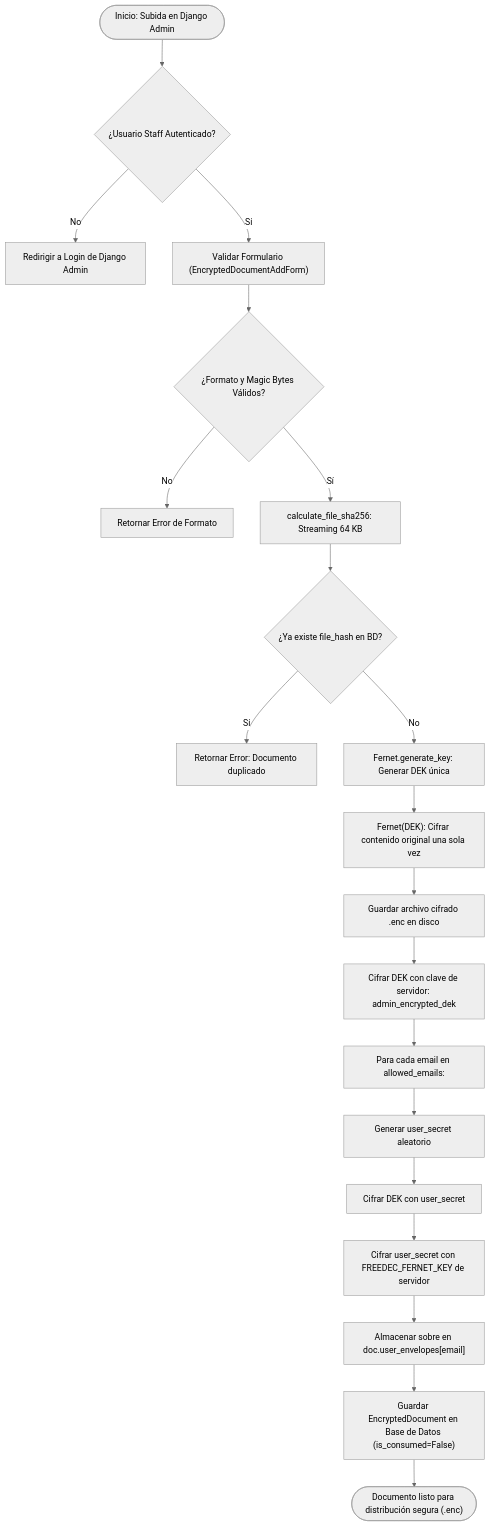
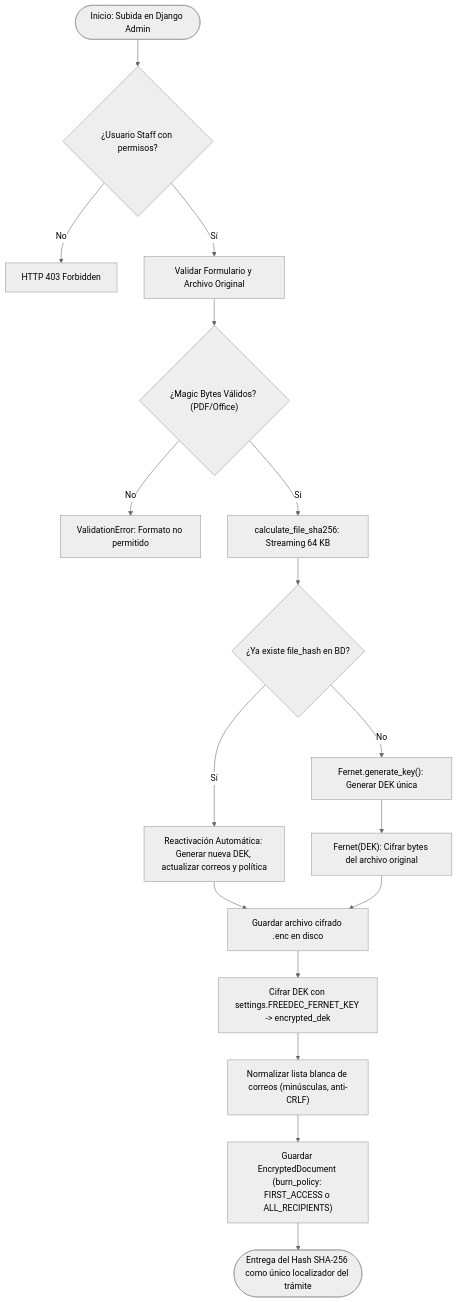
The first of 3 diagrams in docs/ARCHITECTURE.md (jrubioh1/Freedec), drawn with Mermaid (neutral theme) before and after one commit. The commit also changed other lines of this file and 19 other files, not shown here.

Commit message:
feat(security): refactor freedec unattended delivery with SHA-256 locator, OTP and zeroization

````diff
--- a/docs/ARCHITECTURE.md
+++ b/docs/ARCHITECTURE.md
@@ -62,22 +76,19 @@
 ```mermaid
 flowchart TD
-    A(["Inicio: Subida en Django Admin"]) --> B{"¿Usuario Staff Autenticado?"}
-    B -- "No" --> C["Redirigir a Login de Django Admin"]
-    B -- "Sí" --> D["Validar Formulario (EncryptedDocumentAddForm)"]
-    D --> E{"¿Formato y Magic Bytes Válidos?"}
-    E -- "No" --> F["Retornar Error de Formato"]
+    A(["Inicio: Subida en Django Admin"]) --> B{"¿Usuario Staff con permisos?"}
+    B -- "No" --> C["HTTP 403 Forbidden"]
+    B -- "Sí" --> D["Validar Formulario y Archivo Original"]
+    D --> E{"¿Magic Bytes Válidos? (PDF/Office)"}
+    E -- "No" --> F["ValidationError: Formato no permitido"]
     E -- "Sí" --> G["calculate_file_sha256: Streaming 64 KB"]
     G --> H{"¿Ya existe file_hash en BD?"}
-    H -- "Sí" --> I["Retornar Error: Documento duplicado"]
-    H -- "No" --> J["Fernet.generate_key: Generar DEK única"]
-    J --> K["Fernet(DEK): Cifrar contenido original una sola vez"]
-    K --> L["Guardar archivo cifrado .enc en disco"]
-    L --> M["Cifrar DEK con clave de servidor: admin_encrypted_dek"]
-    M --> N["Para cada email en allowed_emails:"]
-    N --> O["Generar user_secret aleatorio"]
-    O --> P["Cifrar DEK con user_secret"]
-    P --> Q["Cifrar user_secret con FREEDEC_FERNET_KEY de servidor"]
-    Q --> R["Almacenar sobre en doc.user_envelopes[email]"]
-    R --> S["Guardar EncryptedDocument en Base de Datos (is_consumed=False)"]
-    S --> T(["Documento listo para distribución segura (.enc)"])
+    H -- "Sí" --> I["Reactivación Automática: Generar nueva DEK, actualizar correos y política"]
+    H -- "No" --> J["Fernet.generate_key(): Generar DEK única"]
+    I --> L["Guardar archivo cifrado .enc en disco"]
+    J --> K["Fernet(DEK): Cifrar bytes del archivo original"]
+    K --> L
+    L --> M["Cifrar DEK con settings.FREEDEC_FERNET_KEY -> encrypted_dek"]
+    M --> N["Normalizar lista blanca de correos (minúsculas, anti-CRLF)"]
+    N --> O["Guardar EncryptedDocument (burn_policy: FIRST_ACCESS o ALL_RECIPIENTS)"]
+    O --> P(["Entrega del Hash SHA-256 como único localizador del trámite"])
 ```
````
